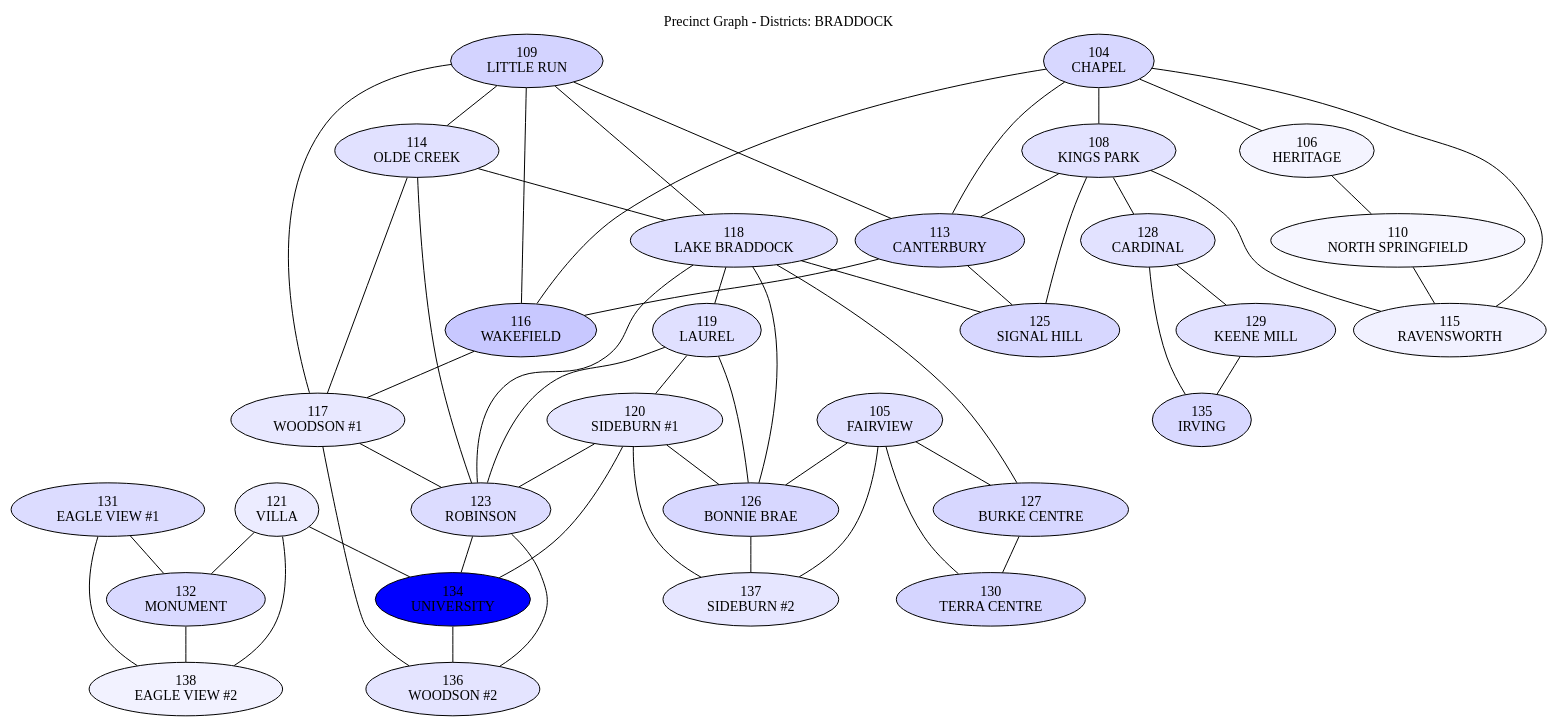
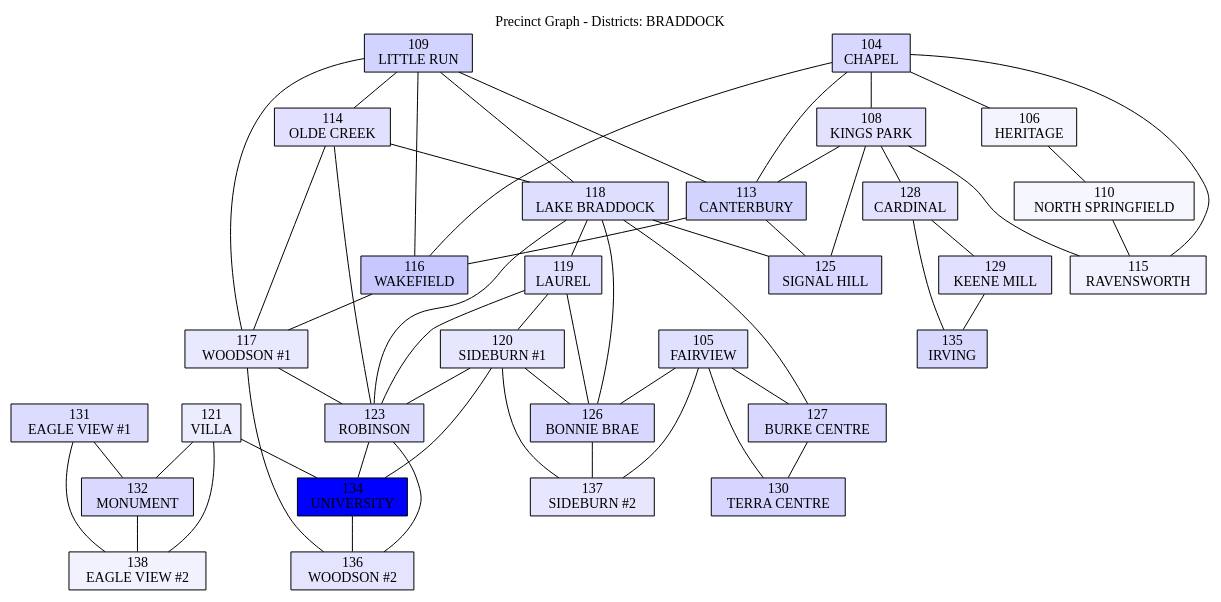
The diagram in data/precinct_graph.dot (osistlk/Documents), drawn with Graphviz before and after one commit. The commit also changed 1 other file, not shown here.

Commit message:
Change node shape from ellipse to box in precinct graph for improved clarity

```diff
--- a/data/precinct_graph.dot
+++ b/data/precinct_graph.dot
@@ -1,91 +1,91 @@
 graph precinct_graph {
 label="Precinct Graph - Districts: BRADDOCK";
 labelloc="t";
 fontcolor="black";
 bgcolor="white";
-node [shape=ellipse, fontcolor="black", color="black", style="filled", fillcolor="lightgray"];
+node [shape=box, fontcolor="black", color="black", style="filled", fillcolor="lightgray"];
 edge [color="black"];
 138 [label="138\nEAGLE VIEW #2", fillcolor="#f2f2ff"];
 137 [label="137\nSIDEBURN #2", fillcolor="#e6e6ff"];
 136 [label="136\nWOODSON #2", fillcolor="#e4e4ff"];
 135 [label="135\nIRVING", fillcolor="#d8d8ff"];
 134 [label="134\nUNIVERSITY", fillcolor="#0000ff"];
 134 -- 136;
 132 [label="132\nMONUMENT", fillcolor="#d9d9ff"];
 132 -- 138;
 131 [label="131\nEAGLE VIEW #1", fillcolor="#dcdcff"];
 131 -- 132;
 131 -- 138;
 130 [label="130\nTERRA CENTRE", fillcolor="#d5d5ff"];
 129 [label="129\nKEENE MILL", fillcolor="#e1e1ff"];
 129 -- 135;
 128 [label="128\nCARDINAL", fillcolor="#e2e2ff"];
 128 -- 129;
 128 -- 135;
 127 [label="127\nBURKE CENTRE", fillcolor="#d7d7ff"];
 127 -- 130;
 126 [label="126\nBONNIE BRAE", fillcolor="#d7d7ff"];
 126 -- 137;
 125 [label="125\nSIGNAL HILL", fillcolor="#d7d7ff"];
 123 [label="123\nROBINSON", fillcolor="#dcdcff"];
 123 -- 134;
 123 -- 136;
 121 [label="121\nVILLA", fillcolor="#ececff"];
 121 -- 132;
 121 -- 134;
 121 -- 138;
 120 [label="120\nSIDEBURN #1", fillcolor="#e6e6ff"];
 120 -- 123;
 120 -- 126;
 120 -- 134;
 120 -- 137;
 119 [label="119\nLAUREL", fillcolor="#e0e0ff"];
 119 -- 120;
 119 -- 123;
 119 -- 126;
 118 [label="118\nLAKE BRADDOCK", fillcolor="#dedeff"];
 118 -- 119;
 118 -- 123;
 118 -- 125;
 118 -- 126;
 118 -- 127;
 117 [label="117\nWOODSON #1", fillcolor="#e8e8ff"];
 117 -- 123;
 117 -- 136;
 116 [label="116\nWAKEFIELD", fillcolor="#c8c8ff"];
 116 -- 117;
 115 [label="115\nRAVENSWORTH", fillcolor="#f1f1ff"];
 114 [label="114\nOLDE CREEK", fillcolor="#e1e1ff"];
 114 -- 117;
 114 -- 118;
 114 -- 123;
 113 [label="113\nCANTERBURY", fillcolor="#d3d3ff"];
 113 -- 116;
 113 -- 125;
 110 [label="110\nNORTH SPRINGFIELD", fillcolor="#f6f6ff"];
 110 -- 115;
 109 [label="109\nLITTLE RUN", fillcolor="#d3d3ff"];
 109 -- 113;
 109 -- 114;
 109 -- 116;
 109 -- 117;
 109 -- 118;
 108 [label="108\nKINGS PARK", fillcolor="#e2e2ff"];
 108 -- 113;
 108 -- 115;
 108 -- 125;
 108 -- 128;
 106 [label="106\nHERITAGE", fillcolor="#f4f4ff"];
 106 -- 110;
 105 [label="105\nFAIRVIEW", fillcolor="#e0e0ff"];
 105 -- 126;
 105 -- 127;
 105 -- 130;
 105 -- 137;
 104 [label="104\nCHAPEL", fillcolor="#d7d7ff"];
 104 -- 106;
 104 -- 108;
 104 -- 113;
 104 -- 115;
 104 -- 116;
 }
```
